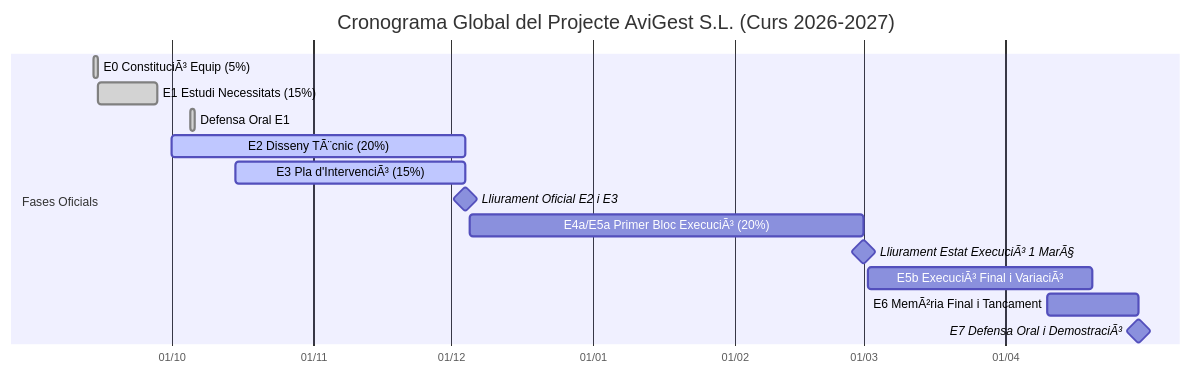
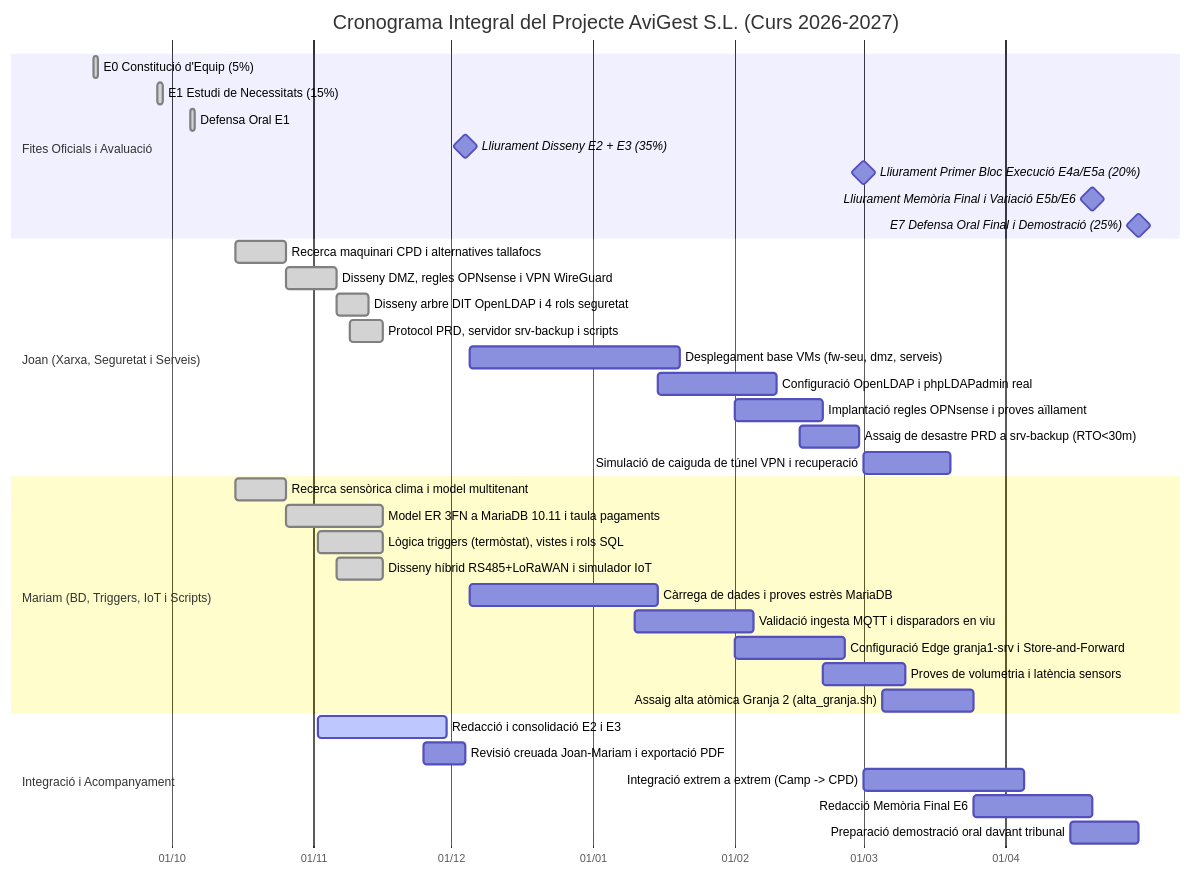
Before and after one commit to JoanGarcia25/avigest-projecte: the fourth of 4 diagrams in docs/E2_disseny_tecnic/E2_document_disseny_tecnic.md, drawn with Mermaid. The commit also changed other lines of this file and 8 other files, not shown here.

Commit message:
docs: actualització de documentació i diagrames

````diff
--- a/docs/E2_disseny_tecnic/E2_document_disseny_tecnic.md
+++ b/docs/E2_disseny_tecnic/E2_document_disseny_tecnic.md
@@ -590,18 +600,44 @@
 ```mermaid
 gantt
-    title Cronograma Global del Projecte AviGest S.L. (Curs 2026-2027)
+    title Cronograma Integral del Projecte AviGest S.L. (Curs 2026-2027)
     dateFormat  YYYY-MM-DD
     axisFormat  %d/%m
-    section Fases Oficials
-    E0 ConstituciÃ³ Equip (5%)         :done, e0, 2026-09-14, 1d
-    E1 Estudi Necessitats (15%)       :done, e1, 2026-09-15, 2026-09-28
-    Defensa Oral E1                   :done, def1, 2026-10-05, 1d
-    E2 Disseny TÃ¨cnic (20%)           :active, e2, 2026-10-01, 2026-12-04
-    E3 Pla d'IntervenciÃ³ (15%)        :active, e3, 2026-10-15, 2026-12-04
-    Lliurament Oficial E2 i E3        :milestone, m_e2e3, 2026-12-04, 0d
-    E4a/E5a Primer Bloc ExecuciÃ³ (20%):e45a, 2026-12-05, 2027-03-01
-    Lliurament Estat ExecuciÃ³ 1 MarÃ§  :milestone, m_mar, 2027-03-01, 0d
-    E5b ExecuciÃ³ Final i VariaciÃ³     :e5b, 2027-03-02, 2027-04-20
-    E6 MemÃ²ria Final i Tancament      :e6, 2027-04-10, 2027-04-30
-    E7 Defensa Oral i DemostraciÃ³     :milestone, m_final, 2027-04-30, 0d
+    
+    section Fites Oficials i Avaluació
+    E0 Constitució d'Equip (5%)             :done, m_e0, 2026-09-14, 1d
+    E1 Estudi de Necessitats (15%)          :done, m_e1, 2026-09-28, 1d
+    Defensa Oral E1                         :done, m_def1, 2026-10-05, 1d
+    Lliurament Disseny E2 + E3 (35%)        :milestone, m_e2e3, 2026-12-04, 0d
+    Lliurament Primer Bloc Execució E4a/E5a (20%) :milestone, m_e45a, 2027-03-01, 0d
+    Lliurament Memòria Final i Variació E5b/E6    :milestone, m_e6, 2027-04-20, 0d
+    E7 Defensa Oral Final i Demostració (25%)     :milestone, m_final, 2027-04-30, 0d
+
+    section Joan (Xarxa, Seguretat i Serveis)
+    Recerca maquinari CPD i alternatives tallafocs :done, j_poc, 2026-10-15, 2026-10-26
+    Disseny DMZ, regles OPNsense i VPN WireGuard   :done, j_fw, 2026-10-26, 2026-11-06
+    Disseny arbre DIT OpenLDAP i 4 rols seguretat  :done, j_ldap, 2026-11-06, 2026-11-13
+    Protocol PRD, servidor srv-backup i scripts    :done, j_prd, 2026-11-09, 2026-11-16
+    Desplegament base VMs (fw-seu, dmz, serveis)   :j_vm_dep, 2026-12-05, 2027-01-20
+    Configuració OpenLDAP i phpLDAPadmin real      :j_ldap_dep, 2027-01-15, 2027-02-10
+    Implantació regles OPNsense i proves aïllament :j_sec_test, 2027-02-01, 2027-02-20
+    Assaig de desastre PRD a srv-backup (RTO<30m)  :j_prd_test, 2027-02-15, 2027-02-28
+    Simulació de caiguda de túnel VPN i recuperació:j_vpn_fail, 2027-03-01, 2027-03-20
+
+    section Mariam (BD, Triggers, IoT i Scripts)
+    Recerca sensòrica clima i model multitenant    :done, m_req, 2026-10-15, 2026-10-26
+    Model ER 3FN a MariaDB 10.11 i taula pagaments :done, m_er, 2026-10-26, 2026-11-16
+    Lògica triggers (termòstat), vistes i rols SQL :done, m_sql, 2026-11-02, 2026-11-16
+    Disseny híbrid RS485+LoRaWAN i simulador IoT   :done, m_iot, 2026-11-06, 2026-11-16
+    Càrrega de dades i proves estrès MariaDB       :m_db_load, 2026-12-05, 2027-01-15
+    Validació ingesta MQTT i disparadors en viu    :m_mqtt_live, 2027-01-10, 2027-02-05
+    Configuració Edge granja1-srv i Store-and-Forward :m_edge_dep, 2027-02-01, 2027-02-25
+    Proves de volumetria i latència sensors        :m_vol_test, 2027-02-20, 2027-03-10
+    Assaig alta atòmica Granja 2 (alta_granja.sh)  :m_script_test, 2027-03-05, 2027-03-25
+
+    section Integració i Acompanyament
+    Redacció i consolidació E2 i E3                :active, c_e2e3, 2026-11-02, 2026-11-30
+    Revisió creuada Joan-Mariam i exportació PDF   :c_rev, 2026-11-25, 2026-12-04
+    Integració extrem a extrem (Camp -> CPD)       :c_integ, 2027-03-01, 2027-04-05
+    Redacció Memòria Final E6                      :c_mem, 2027-03-25, 2027-04-20
+    Preparació demostració oral davant tribunal    :c_demo, 2027-04-15, 2027-04-30
 ```
````
